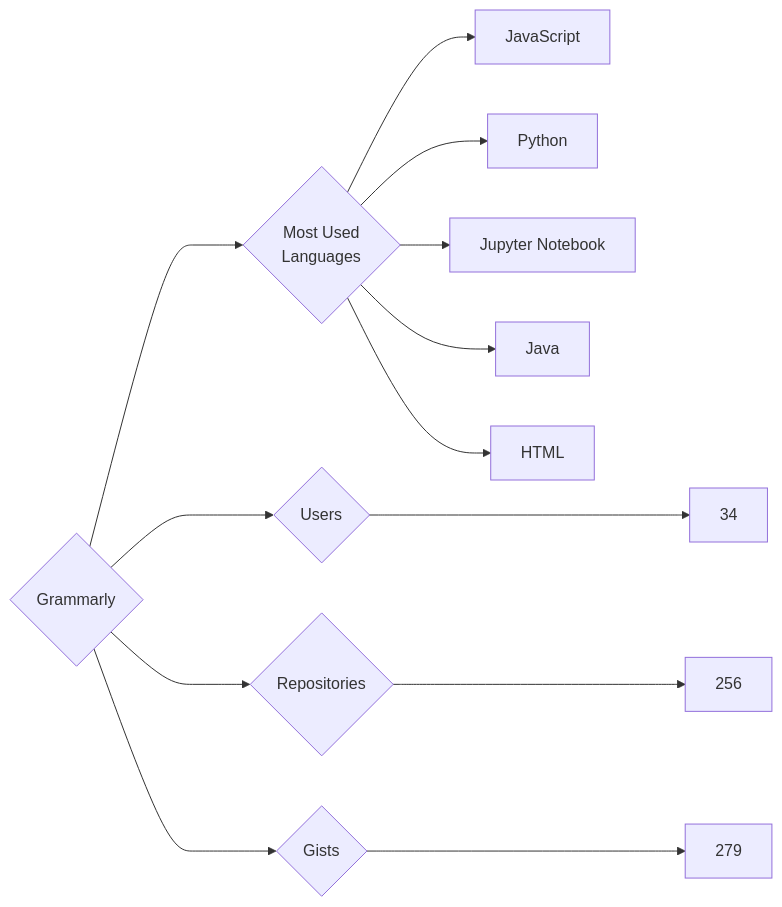
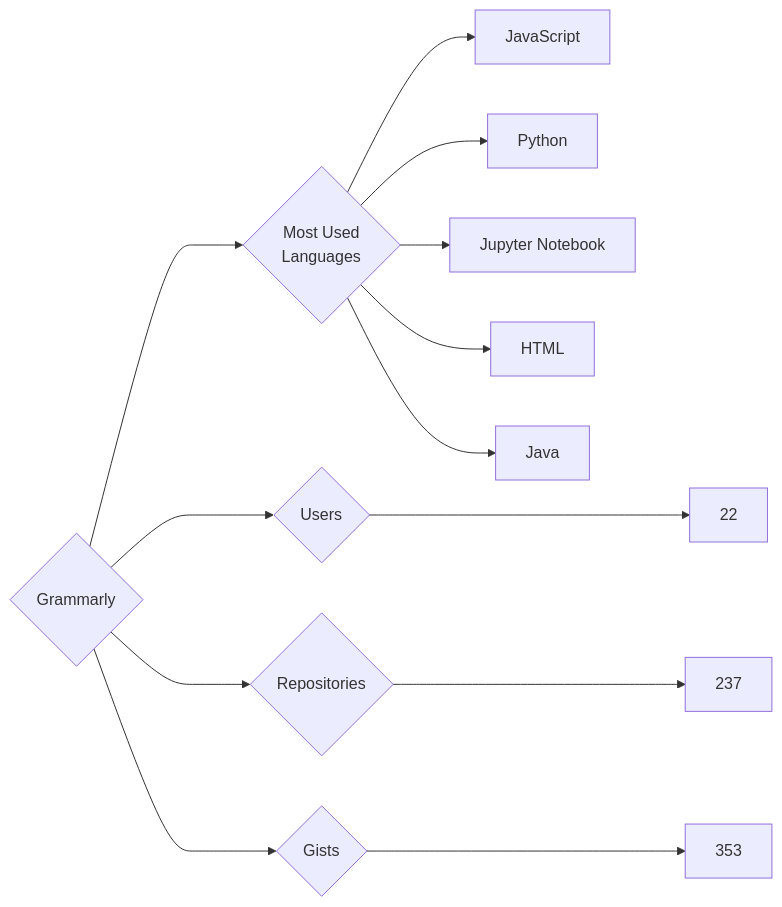
The diagram in targets/Grammarly/README.md (trickest/insiders), drawn with Mermaid before and after one commit. The commit also changed 925 other files, not shown here.

````diff
--- a/targets/Grammarly/README.md
+++ b/targets/Grammarly/README.md
@@ -3,13 +3,13 @@
 ```mermaid
 graph LR
 COMPANY_NAME{Grammarly}
-COMPANY_NAME ---> U{Users} ---> UN[34]
-COMPANY_NAME ---> R{Repositories} ---> RN[256]
-COMPANY_NAME ---> G{Gists} ---> GN[279]
+COMPANY_NAME ---> U{Users} ---> UN[22]
+COMPANY_NAME ---> R{Repositories} ---> RN[237]
+COMPANY_NAME ---> G{Gists} ---> GN[353]
 COMPANY_NAME ---> ML{Most Used<br>Languages}
 ML --> JavaScript[JavaScript]
 ML --> Python[Python]
 ML --> Jupyter_Notebook[Jupyter Notebook]
+ML --> HTML[HTML]
 ML --> Java[Java]
-ML --> HTML[HTML]
 ```
````
